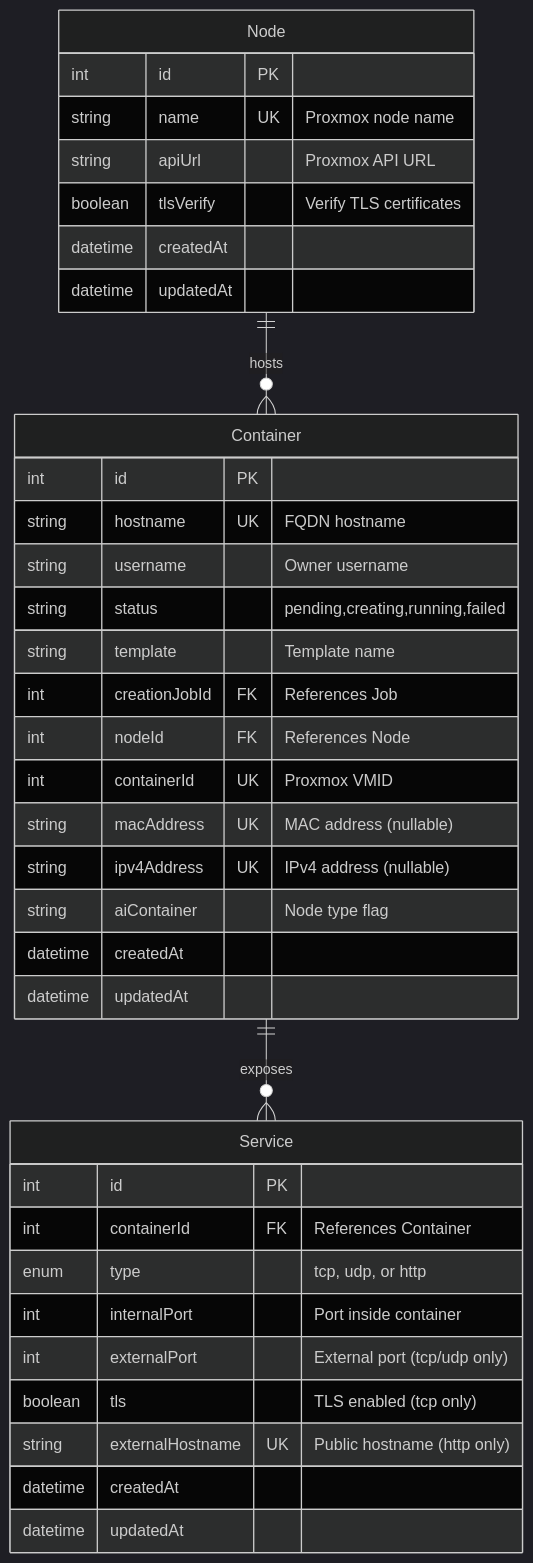
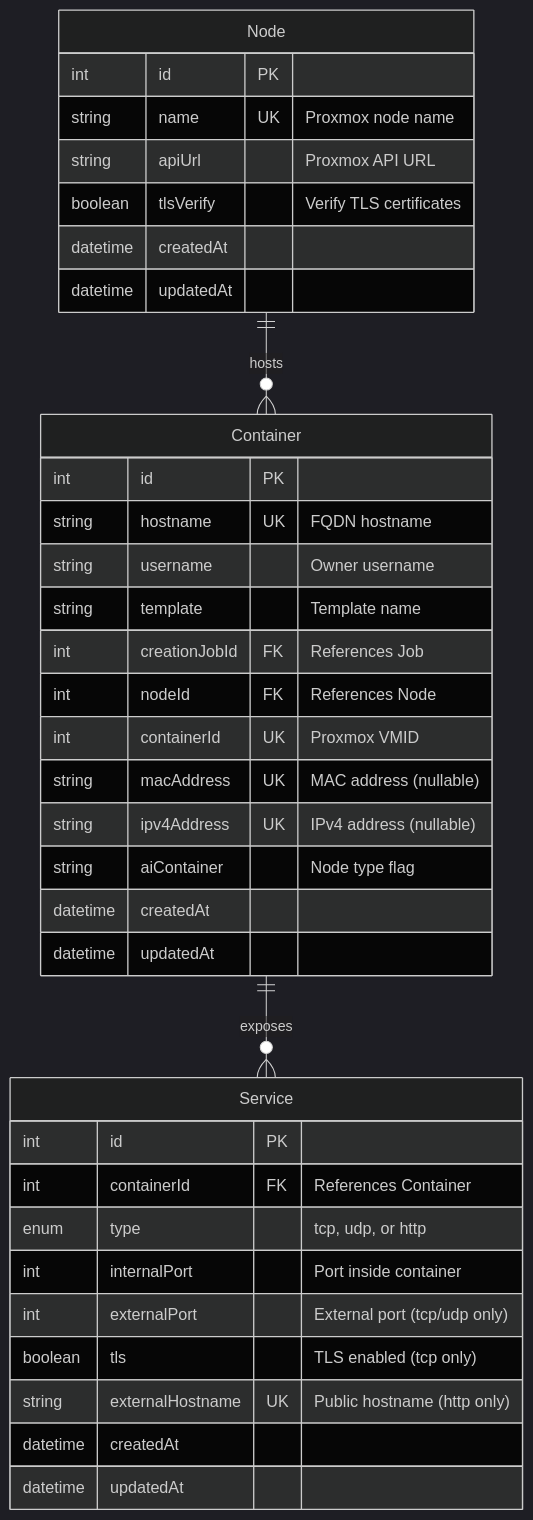
The diagram in create-a-container/README.md (mieweb/opensource-server), drawn with Mermaid (dark theme) before and after one commit. The commit also changed other lines of this file and 13 other files, not shown here.

````diff
--- a/create-a-container/README.md
+++ b/create-a-container/README.md
@@ -7,42 +7,41 @@
 ```mermaid
 erDiagram
     Node ||--o{ Container : "hosts"
     Container ||--o{ Service : "exposes"
     
     Node {
         int id PK
         string name UK "Proxmox node name"
         string apiUrl "Proxmox API URL"
         boolean tlsVerify "Verify TLS certificates"
         datetime createdAt
         datetime updatedAt
     }
     
     Container {
         int id PK
         string hostname UK "FQDN hostname"
         string username "Owner username"
-        string status "pending,creating,running,failed"
         string template "Template name"
         int creationJobId FK "References Job"
         int nodeId FK "References Node"
         int containerId UK "Proxmox VMID"
         string macAddress UK "MAC address (nullable)"
         string ipv4Address UK "IPv4 address (nullable)"
         string aiContainer "Node type flag"
         datetime createdAt
         datetime updatedAt
     }
     
     Service {
         int id PK
         int containerId FK "References Container"
         enum type "tcp, udp, or http"
         int internalPort "Port inside container"
         int externalPort "External port (tcp/udp only)"
         boolean tls "TLS enabled (tcp only)"
         string externalHostname UK "Public hostname (http only)"
         datetime createdAt
         datetime updatedAt
     }
 ```
````
